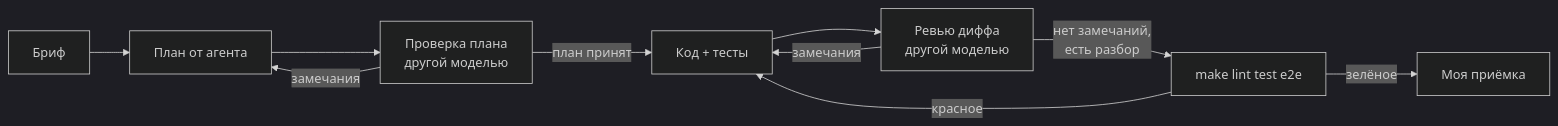
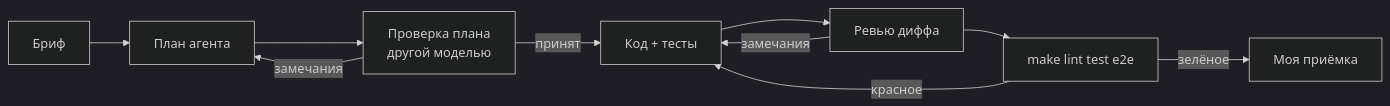
The diagram in projects/03-orderflow/docs/04-ai-development.md (Georgy213123/ai-product-engineering), drawn with Mermaid (dark theme) before and after one commit. The commit also changed other lines of this file and 16 other files, not shown here.

````diff
--- a/projects/03-orderflow/docs/04-ai-development.md
+++ b/projects/03-orderflow/docs/04-ai-development.md
@@ -31,12 +8,12 @@
 ```mermaid
 flowchart LR
-  b[Бриф] --> p[План от агента]
+  b[Бриф] --> p[План агента]
   p --> r1[Проверка плана<br/>другой моделью]
   r1 -- замечания --> p
-  r1 -- план принят --> c[Код + тесты]
-  c --> r2[Ревью диффа<br/>другой моделью]
+  r1 -- принят --> c[Код + тесты]
+  c --> r2[Ревью диффа]
   r2 -- замечания --> c
-  r2 -- нет замечаний,<br/>есть разбор --> t[make lint test e2e]
+  r2 --> t[make lint test e2e]
   t -- красное --> c
   t -- зелёное --> h[Моя приёмка]
 ```
````
